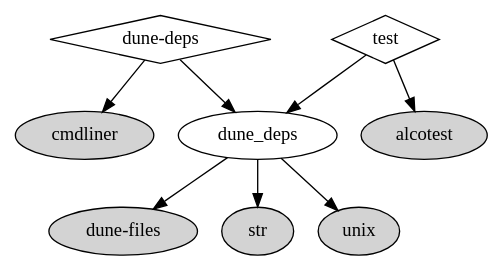
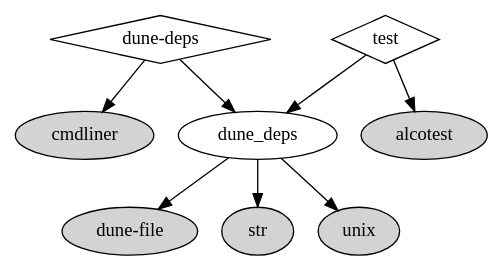
Before and after one commit to mjambon/dune-deps: the diagram in .deps/deps.dot, drawn with Graphviz. The commit also changed 1 other file, not shown here.

Commit message:
Update dependency graph

```diff
--- a/.deps/deps.dot
+++ b/.deps/deps.dot
@@ -1,17 +1,17 @@
 digraph {
   "exe:src/bin/dune:0" [label="dune-deps",shape=diamond]
   "exe:src/test/dune:0" [label="test",shape=diamond]
   "lib:alcotest" [label="alcotest",style=filled]
   "lib:cmdliner" [label="cmdliner",style=filled]
-  "lib:dune-files" [label="dune-files",style=filled]
+  "lib:dune-file" [label="dune-file",style=filled]
   "lib:dune_deps" [label="dune_deps"]
   "lib:str" [label="str",style=filled]
   "lib:unix" [label="unix",style=filled]
   "exe:src/bin/dune:0" -> "lib:dune_deps"
   "exe:src/bin/dune:0" -> "lib:cmdliner"
   "exe:src/test/dune:0" -> "lib:dune_deps"
   "exe:src/test/dune:0" -> "lib:alcotest"
-  "lib:dune_deps" -> "lib:dune-files"
+  "lib:dune_deps" -> "lib:dune-file"
   "lib:dune_deps" -> "lib:str"
   "lib:dune_deps" -> "lib:unix"
 }
```
